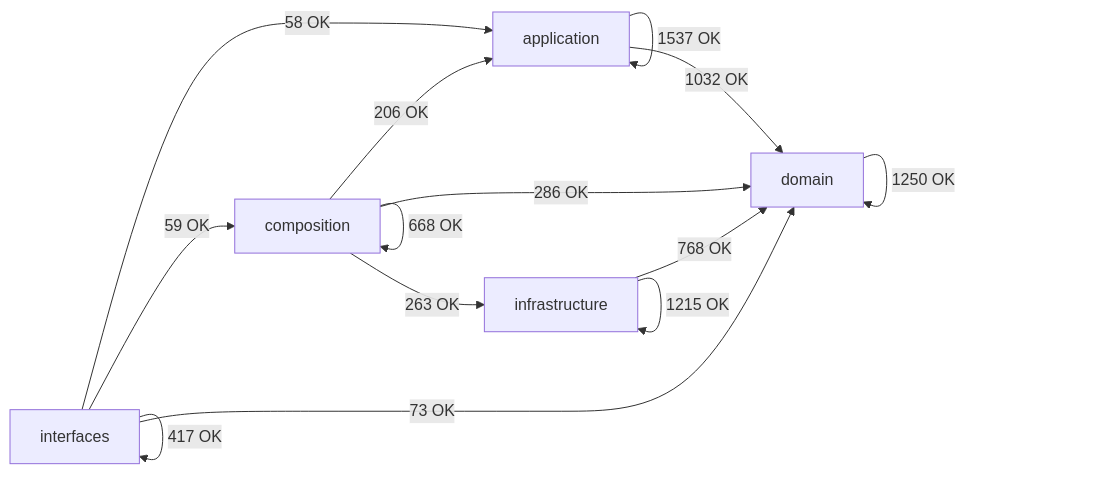
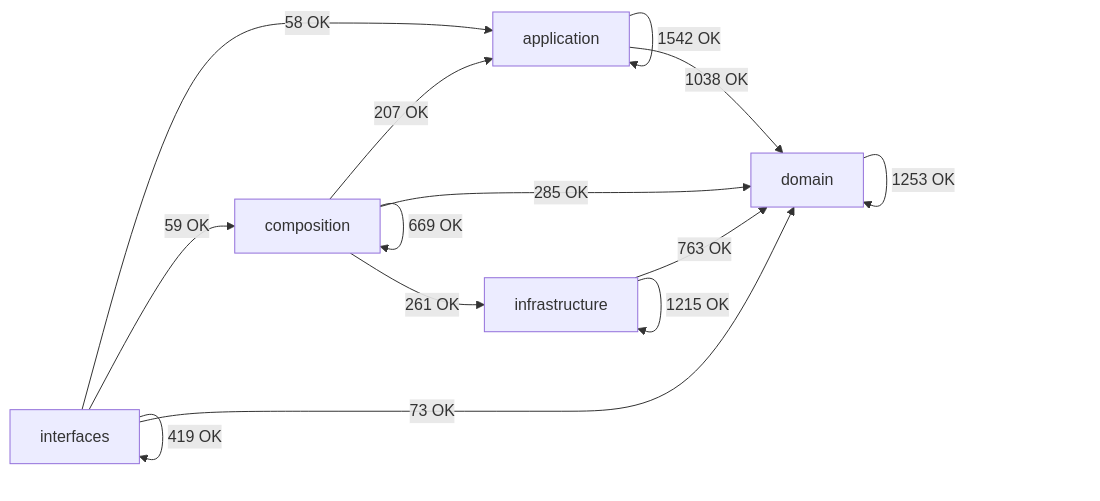
Before and after one commit to SatoryKono/BioactivityDataAcquisition: the diagram in docs/02-architecture/generated/module-dependency-map.md, drawn with Mermaid. The commit also changed other lines of this file and 153 other files, not shown here.

````diff
--- a/docs/02-architecture/generated/module-dependency-map.md
+++ b/docs/02-architecture/generated/module-dependency-map.md
@@ -17,21 +17,21 @@
 ```mermaid
 flowchart LR
     domain[domain]
     application[application]
     infrastructure[infrastructure]
     composition[composition]
     interfaces[interfaces]
-    application -->|1537 OK| application
-    application -->|1032 OK| domain
-    composition -->|206 OK| application
-    composition -->|668 OK| composition
-    composition -->|286 OK| domain
-    composition -->|263 OK| infrastructure
-    domain -->|1250 OK| domain
-    infrastructure -->|768 OK| domain
+    application -->|1542 OK| application
+    application -->|1038 OK| domain
+    composition -->|207 OK| application
+    composition -->|669 OK| composition
+    composition -->|285 OK| domain
+    composition -->|261 OK| infrastructure
+    domain -->|1253 OK| domain
+    infrastructure -->|763 OK| domain
     infrastructure -->|1215 OK| infrastructure
     interfaces -->|58 OK| application
     interfaces -->|59 OK| composition
     interfaces -->|73 OK| domain
-    interfaces -->|417 OK| interfaces
+    interfaces -->|419 OK| interfaces
 ```
````
